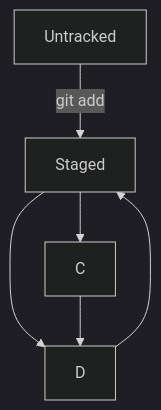
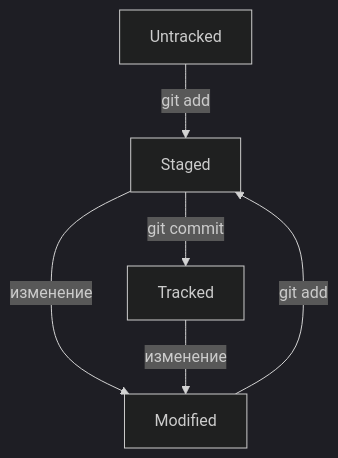
One commit to SergeyL1973/testprogect changed the diagram in readme.md. Above: the diagram before and after it, drawn with Mermaid (dark theme).

Commit message:
Исправлена диаграма ЖЦ файла в git - итоговый варинт для тестиования

````diff
--- a/readme.md
+++ b/readme.md
@@ -75,8 +75,8 @@
 ```mermaid 
 flowchart TD;
  A[Untracked]--git add-->B[Staged];
- B-->C;
- B-->D;
- C-->D;
- D-->B; 
+ B--git commit-->C[Tracked];
+ B--изменение-->D[Modified];
+ C--изменение-->D[Modified];
+ D--git add-->B[Staged]; 
 ```
````
